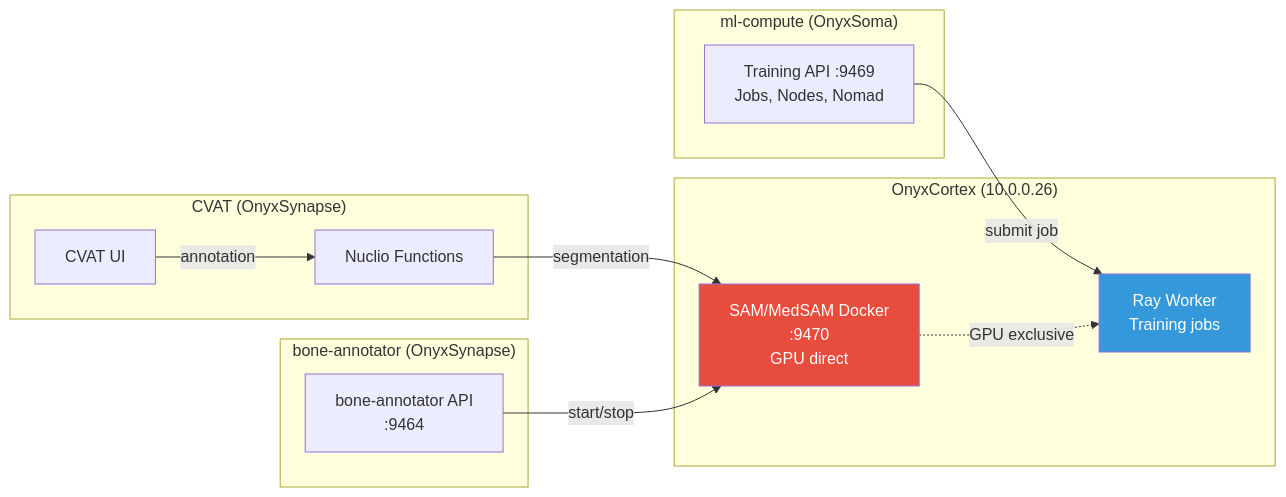
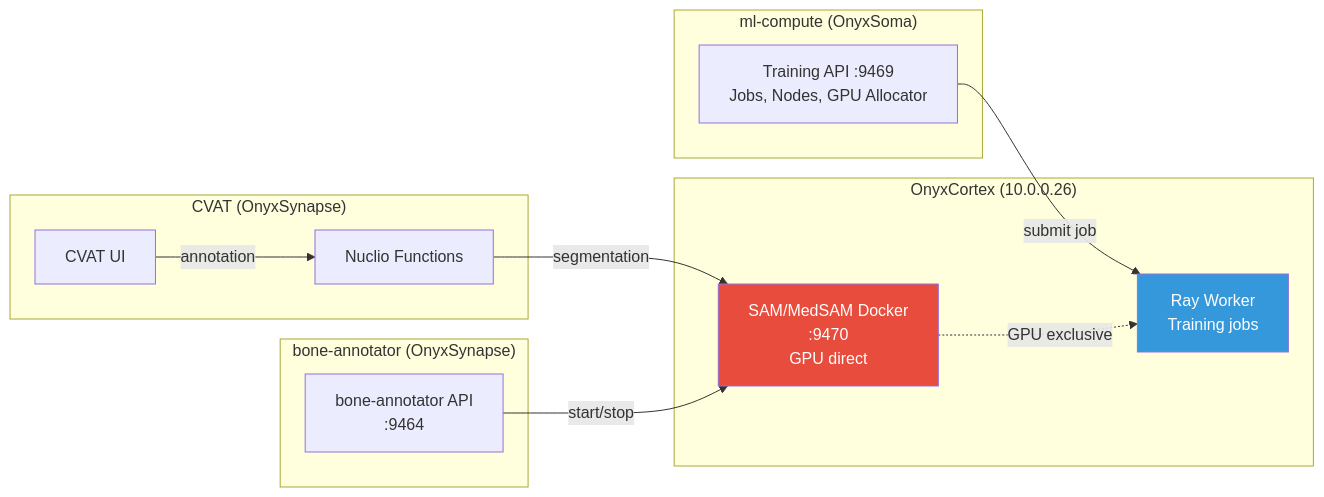
One commit to VersoVet/ml-compute changed the fourth of 7 diagrams in DIAGRAM.md. Above: the diagram before and after it, drawn with Mermaid. The commit also changed other lines of this file and 60 other files, not shown here.

````diff
--- a/DIAGRAM.md
+++ b/DIAGRAM.md
@@ -128,31 +129,31 @@
 ```mermaid
 graph LR
     subgraph mlcompute["ml-compute (OnyxSoma)"]
-        TrainingAPI["Training API :9469<br/>Jobs, Nodes, Nomad"]
+        TrainingAPI["Training API :9469<br/>Jobs, Nodes, GPU Allocator"]
     end
 
     subgraph boneannotator["bone-annotator (OnyxSynapse)"]
         BA_API["bone-annotator API<br/>:9464"]
     end
 
     subgraph cortex["OnyxCortex (10.0.0.26)"]
         SAM["SAM/MedSAM Docker<br/>:9470<br/>GPU direct"]
         RayWorker["Ray Worker<br/>Training jobs"]
     end
 
     subgraph cvat["CVAT (OnyxSynapse)"]
         CVAT_UI["CVAT UI"]
         Nuclio["Nuclio Functions"]
     end
 
     CVAT_UI -->|annotation| Nuclio
     Nuclio -->|segmentation| SAM
     BA_API -->|start/stop| SAM
 
     TrainingAPI -->|submit job| RayWorker
 
     SAM -.->|GPU exclusive| RayWorker
 
     style SAM fill:#e74c3c,color:#fff
     style RayWorker fill:#3498db,color:#fff
 ```
````
